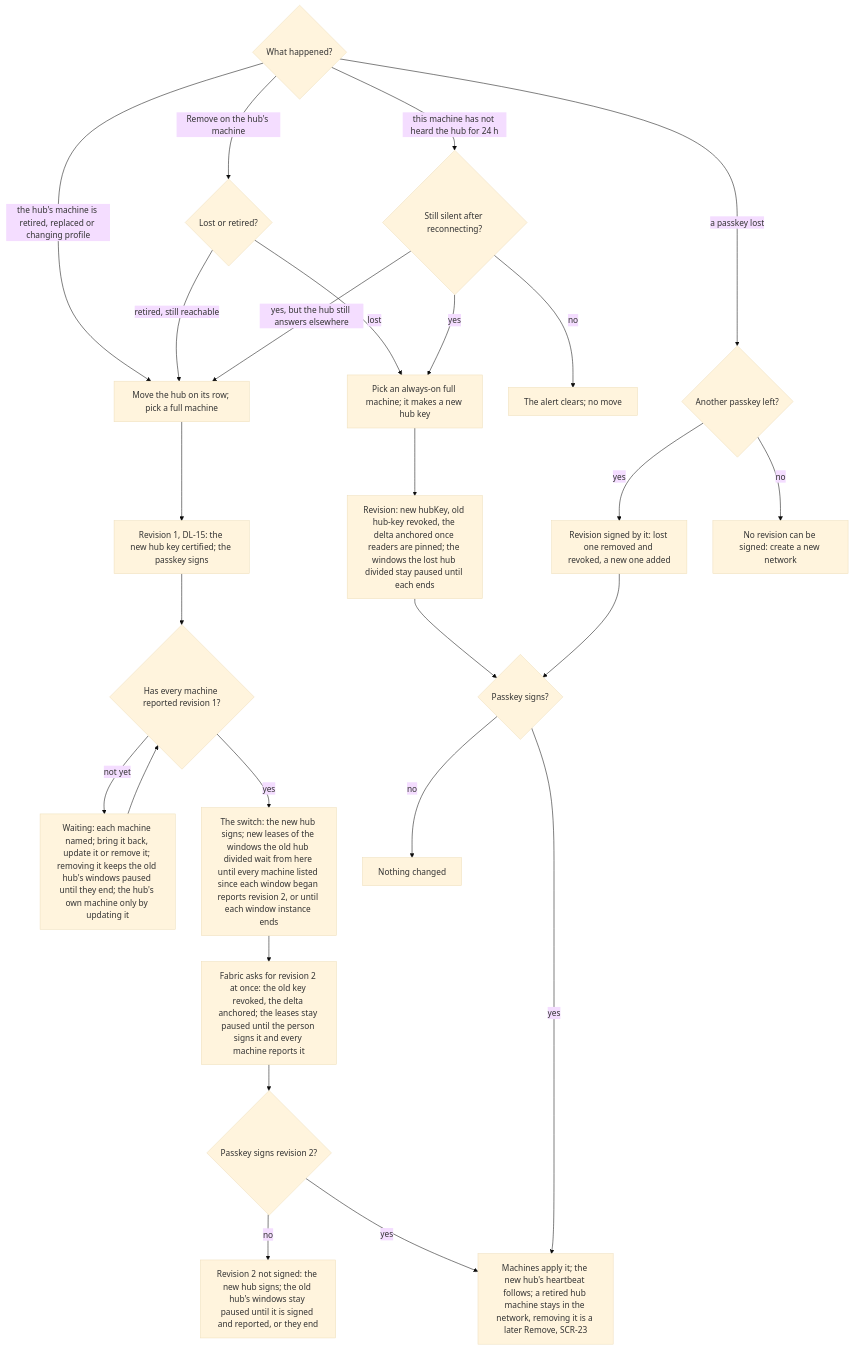
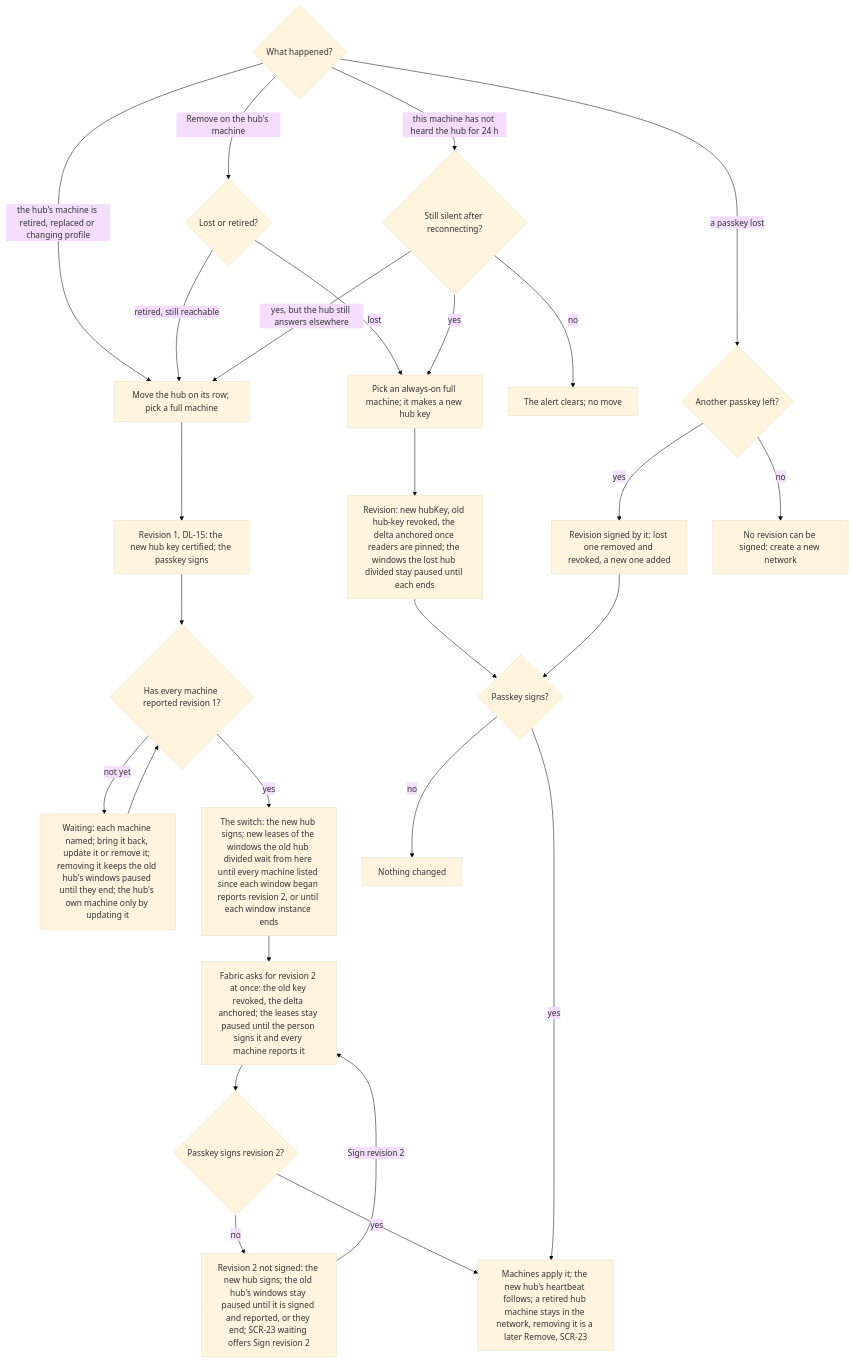
One commit to passioncode-ai/fabric-agent-contract changed diagram 27 of 34 in docs/ux/flows.md. Above: the diagram before and after it, drawn with Mermaid (base theme). The commit also changed other lines of this file and 5 other files, not shown here.

First line of the commit message:
CT-172: round-16 product findings (revision 2 unsigned, the index row, FLW-20 in Consequences)

````diff
--- a/docs/ux/flows.md
+++ b/docs/ux/flows.md
@@ -662,28 +662,29 @@
 ```mermaid
 flowchart TD
   A{What happened?} -->|the hub's machine is retired, replaced or changing profile| L[Move the hub on its row; pick a full machine]
   A -->|Remove on the hub's machine| K{Lost or retired?}
   K -->|retired, still reachable| L
   K -->|lost| M
   L --> T1[Revision 1, DL-15: the new hub key certified; the passkey signs]
   T1 --> W{Has every machine reported revision 1?}
   W -->|not yet| V[Waiting: each machine named; bring it back, update it or remove it; removing it keeps the old hub's windows paused until they end; the hub's own machine only by updating it]
   V --> W
   W -->|yes| T[The switch: the new hub signs; new leases of the windows the old hub divided wait from here until every machine listed since each window began reports revision 2, or until each window instance ends]
   T --> T2[Fabric asks for revision 2 at once: the old key revoked, the delta anchored; the leases stay paused until the person signs it and every machine reports it]
   T2 --> S2{Passkey signs revision 2?}
-  S2 -->|no| X2[Revision 2 not signed: the new hub signs; the old hub's windows stay paused until it is signed and reported, or they end]
+  S2 -->|no| X2[Revision 2 not signed: the new hub signs; the old hub's windows stay paused until it is signed and reported, or they end; SCR-23 waiting offers Sign revision 2]
+  X2 -->|Sign revision 2| T2
   S2 -->|yes| D
   A -->|this machine has not heard the hub for 24 h| C{Still silent after reconnecting?}
   C -->|no| Z[The alert clears; no move]
   C -->|yes, but the hub still answers elsewhere| L
   C -->|yes| M[Pick an always-on full machine; it makes a new hub key]
   M --> R[Revision: new hubKey, old hub-key revoked, the delta anchored once readers are pinned; the windows the lost hub divided stay paused until each ends]
   A -->|a passkey lost| P{Another passkey left?}
   P -->|yes| Q[Revision signed by it: lost one removed and revoked, a new one added]
   P -->|no| N[No revision can be signed: create a new network]
   R --> S{Passkey signs?}
   Q --> S
   S -->|no| X[Nothing changed]
   S -->|yes| D[Machines apply it; the new hub's heartbeat follows; a retired hub machine stays in the network, removing it is a later Remove, SCR-23]
 ```
````
